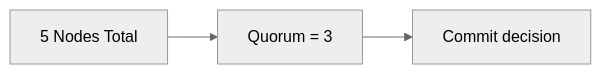
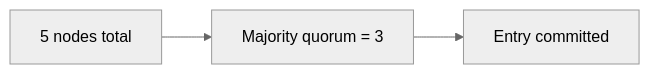
Before and after one commit to mohllal/system-design-interview-prep: the first of 4 diagrams in fundamentals/29-consensus.md, drawn with Mermaid (neutral theme). The commit also changed other lines of this file and 35 other files, not shown here.

````diff
--- a/fundamentals/29-consensus.md
+++ b/fundamentals/29-consensus.md
@@ -45,5 +60,5 @@
 ```mermaid
 graph LR
-    A[5 Nodes Total] --> B[Quorum = 3]
-    B --> C[Commit decision]
+    A[5 nodes total] --> B[Majority quorum = 3]
+    B --> C[Entry committed]
 ```
````
